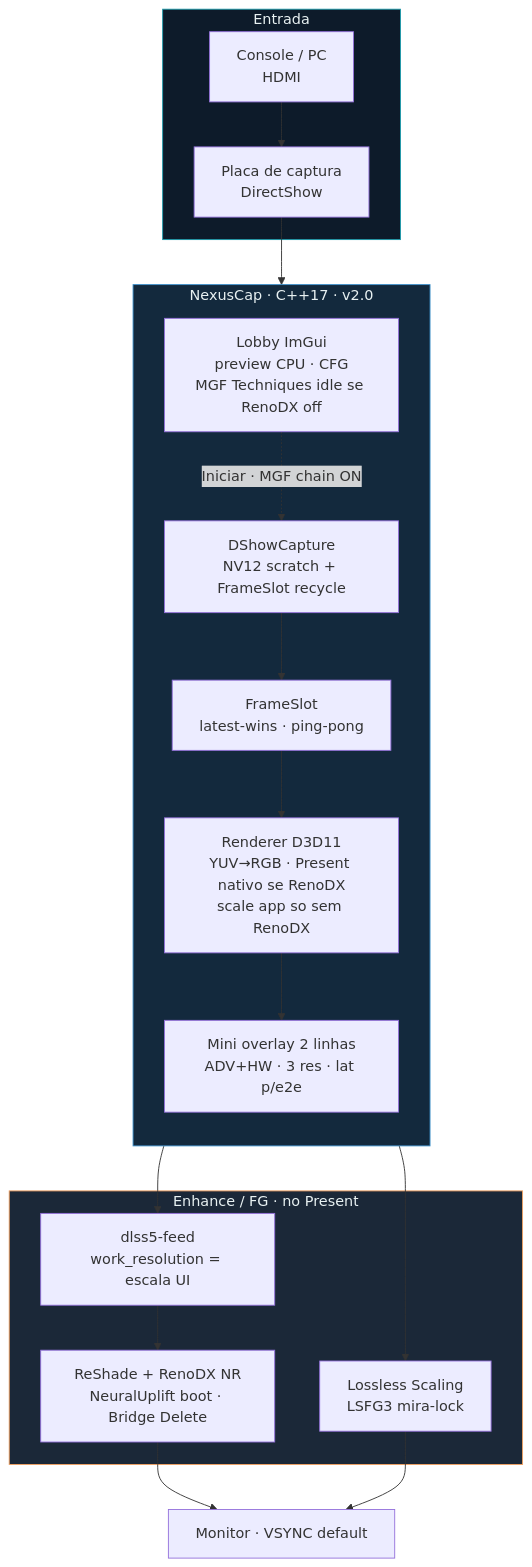
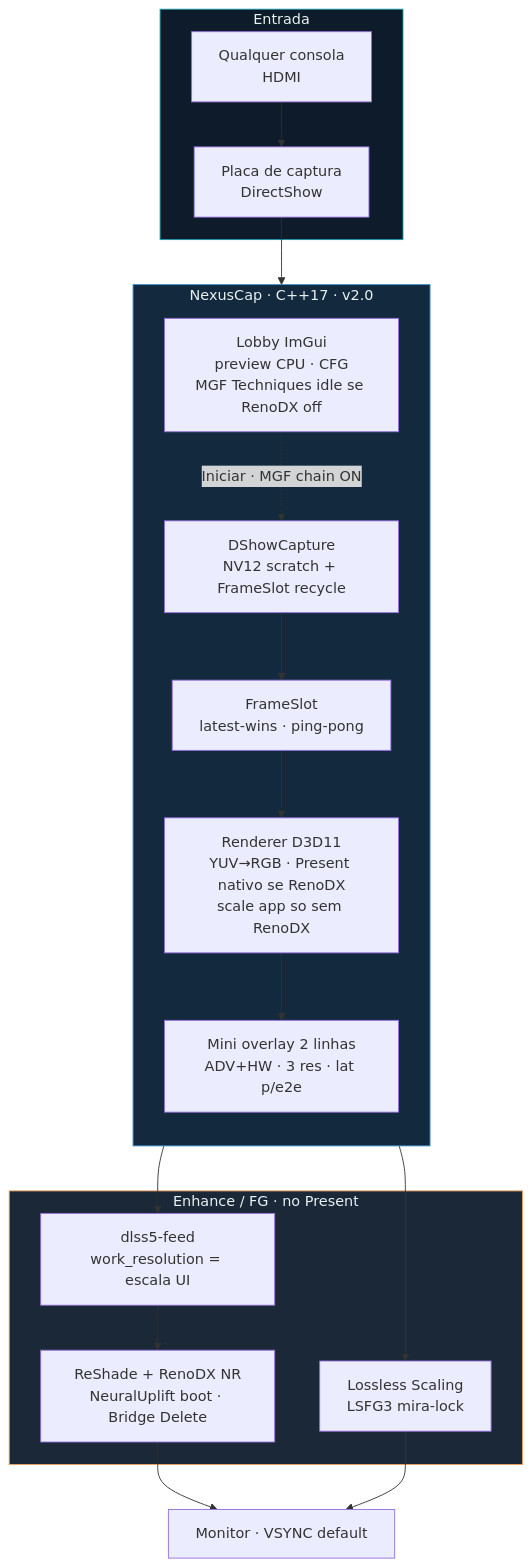
Before and after one commit to lealvjo/NexusCap: the diagram in README.md, drawn with Mermaid. The commit also changed other lines of this file and 42 other files, not shown here.

Commit message:
v3.0.0: Pass Count 1,5x, HDMI de qualquer consola, pitch 3.0.

````diff
--- a/README.md
+++ b/README.md
@@ -127,35 +143,35 @@
 ```mermaid
 flowchart TB
   subgraph IN["Entrada"]
-    HDMI["Console / PC<br/>HDMI"]
+    HDMI["Qualquer consola<br/>HDMI"]
     CARD["Placa de captura<br/>DirectShow"]
     HDMI --> CARD
   end
 
   subgraph APP["NexusCap · C++17 · v2.0"]
     direction TB
     LOBBY["Lobby ImGui<br/>preview CPU · CFG<br/>MGF Techniques idle se RenoDX off"]
     CAP["DShowCapture<br/>NV12 scratch + FrameSlot recycle"]
     SLOT["FrameSlot<br/>latest-wins · ping-pong"]
     REND["Renderer D3D11<br/>YUV→RGB · Present nativo se RenoDX<br/>scale app so sem RenoDX"]
     HUD["Mini overlay 2 linhas<br/>ADV+HW · 3 res · lat p/e2e"]
     LOBBY -.->|Iniciar · MGF chain ON| CAP
     CARD --> CAP --> SLOT --> REND
     REND --> HUD
   end
 
   subgraph FX["Enhance / FG · no Present"]
     FEED["dlss5-feed<br/>work_resolution = escala UI"]
     RENO["ReShade + RenoDX NR<br/>NeuralUplift boot · Bridge Delete"]
     FG["Lossless Scaling<br/>LSFG3 mira-lock"]
   end
 
   REND --> FEED --> RENO
   REND --> FG
   RENO --> OUT["Monitor · VSYNC default"]
   FG --> OUT
 
   style IN fill:#0d1b2a,stroke:#1b9aaa,color:#e8f1f2
   style APP fill:#13293d,stroke:#3e92cc,color:#e8f1f2
   style FX fill:#1b2838,stroke:#f4a261,color:#e8f1f2
 ```
````
